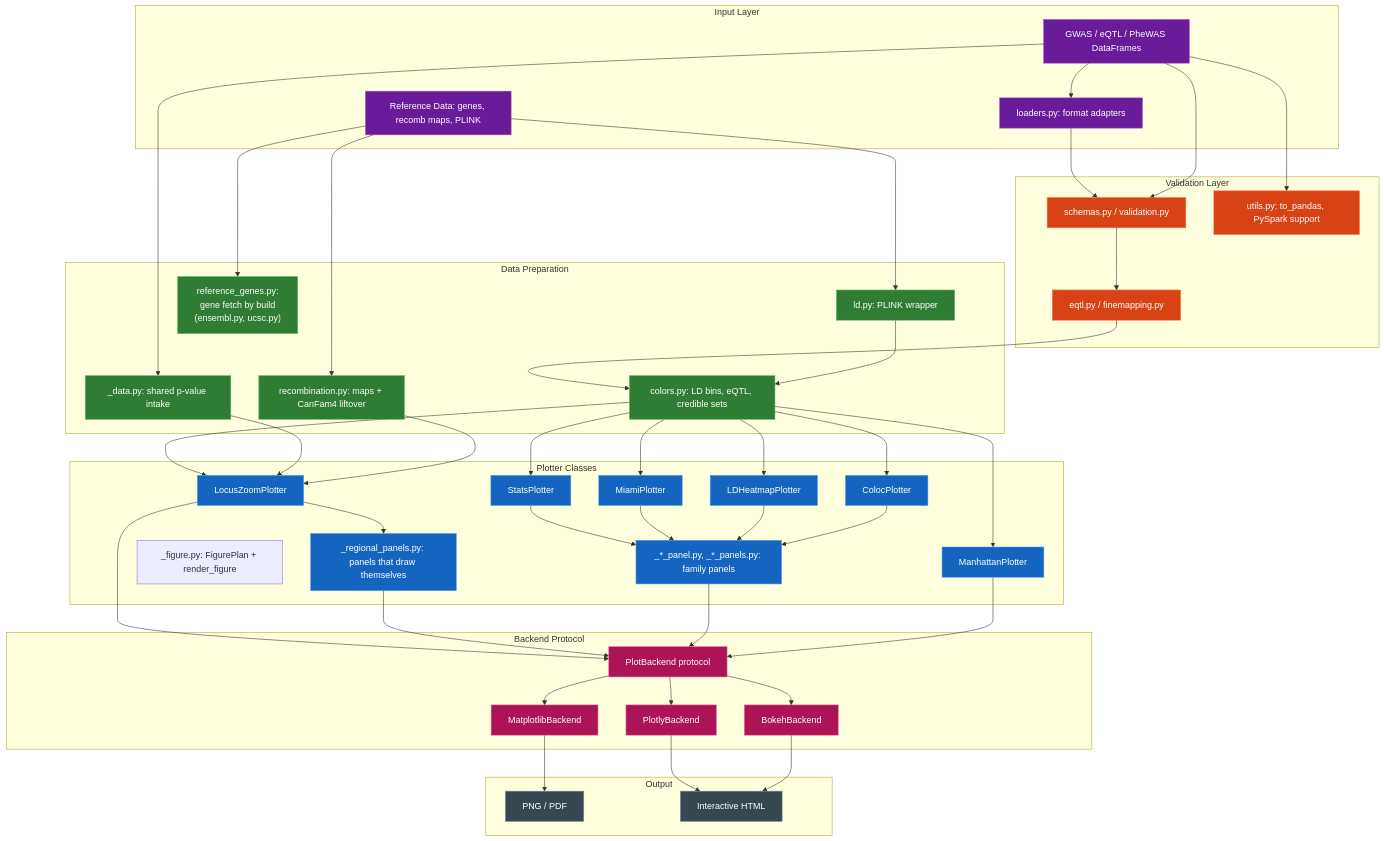
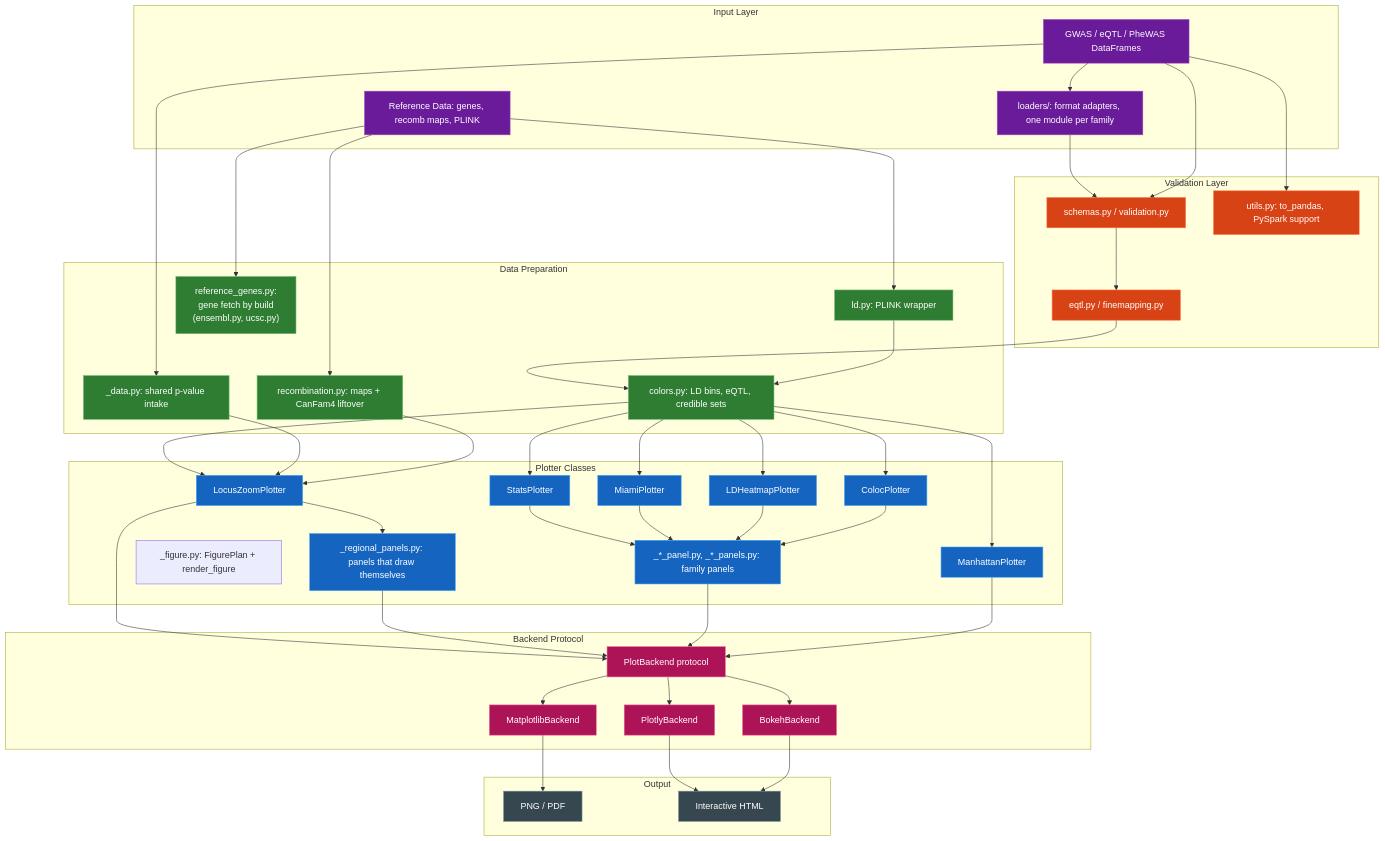
Before and after one commit to michael-denyer/pyLocusZoom: the diagram in docs/ARCHITECTURE.md, drawn with Mermaid. The commit also changed other lines of this file and 10 other files, not shown here.

First line of the commit message:
refactor: split loaders.py into a loaders/ package, one module per family

```diff
--- a/docs/ARCHITECTURE.md
+++ b/docs/ARCHITECTURE.md
@@ -21,7 +21,7 @@
     subgraph Input["Input Layer"]
         GWAS[GWAS / eQTL / PheWAS DataFrames]
         REF[Reference Data: genes, recomb maps, PLINK]
-        LOAD[loaders.py: format adapters]
+        LOAD[loaders/: format adapters, one module per family]
     end
 
     subgraph Validate["Validation Layer"]
```
